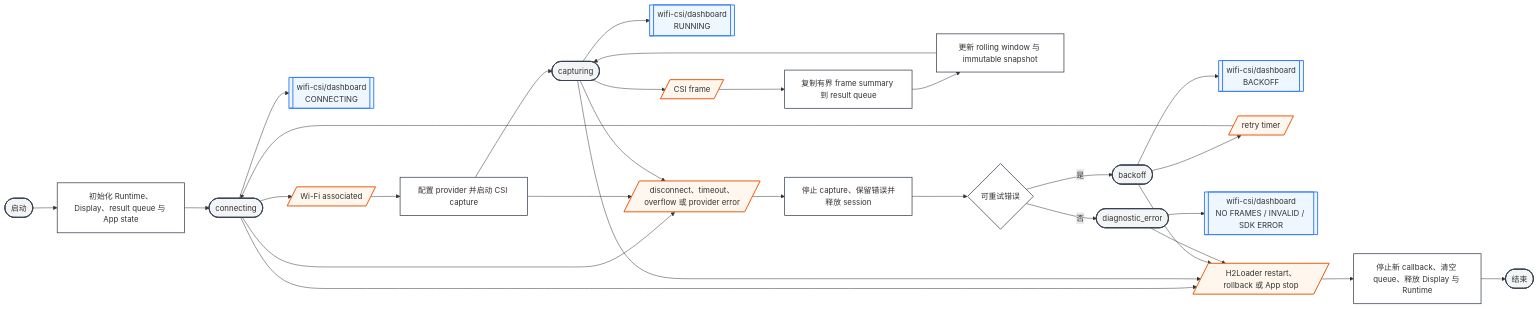
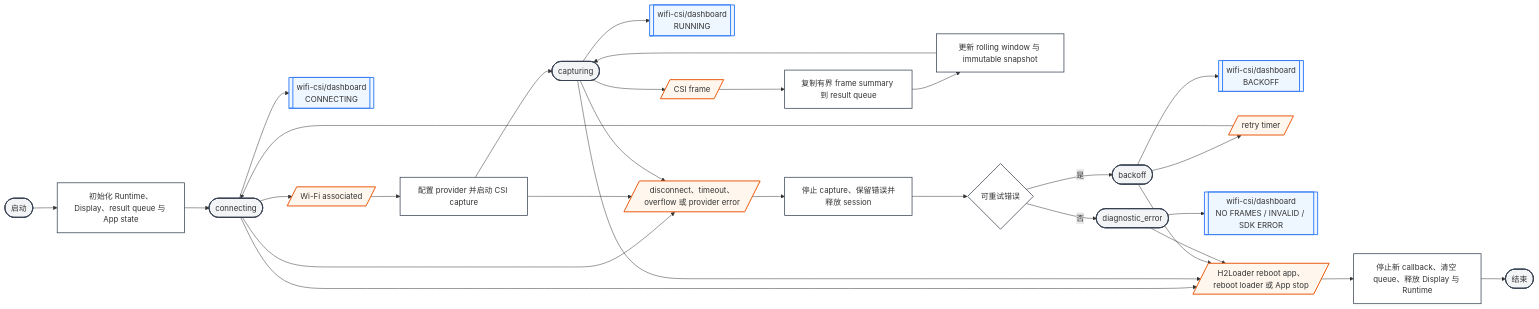
Before and after one commit to GizClaw/gizos: the first of 2 diagrams in guides/apps/h2loader/apps/wifi_csi/index.md, drawn with Mermaid. The commit also changed other lines of this file and 53 other files, not shown here.

````diff
--- a/guides/apps/h2loader/apps/wifi_csi/index.md
+++ b/guides/apps/h2loader/apps/wifi_csi/index.md
@@ -25,40 +25,40 @@
 ```mermaid
 flowchart LR
     Boot(["启动"]) --> Init["初始化 Runtime、Display、result queue 与 App state"]
     Init --> Connecting(["connecting"])
     Connecting --> Dashboard[["wifi-csi/dashboard<br/>CONNECTING"]]
     Linked[/"Wi-Fi associated"/] --> Start["配置 provider 并启动 CSI capture"]
     Connecting --> Linked
     Start --> Capturing(["capturing"])
     Capturing --> RunningScreen[["wifi-csi/dashboard<br/>RUNNING"]]
     Frame[/"CSI frame"/] --> Enqueue["复制有界 frame summary 到 result queue"]
     Capturing --> Frame
     Enqueue --> Update["更新 rolling window 与 immutable snapshot"]
     Update --> Capturing
     Failure[/"disconnect、timeout、overflow 或 provider error"/] --> Cleanup["停止 capture、保留错误并释放 session"]
     Connecting --> Failure
     Start --> Failure
     Capturing --> Failure
     Cleanup --> ErrorKind{"可重试错误"}
     ErrorKind -- "是" --> Backoff(["backoff"])
     Backoff --> ErrorScreen[["wifi-csi/dashboard<br/>BACKOFF"]]
     Retry[/"retry timer"/] --> Connecting
     Backoff --> Retry
     ErrorKind -- "否" --> DiagnosticError(["diagnostic_error"])
     DiagnosticError --> DiagnosticScreen[["wifi-csi/dashboard<br/>NO FRAMES / INVALID / SDK ERROR"]]
-    Stop[/"H2Loader restart、rollback 或 App stop"/] --> Shutdown["停止新 callback、清空 queue、释放 Display 与 Runtime"]
+    Stop[/"H2Loader reboot app、reboot loader 或 App stop"/] --> Shutdown["停止新 callback、清空 queue、释放 Display 与 Runtime"]
     Connecting --> Stop
     Capturing --> Stop
     Backoff --> Stop
     DiagnosticError --> Stop
     Shutdown --> End(["结束"])
 
     classDef state fill:#f3f4f6,stroke:#374151,stroke-width:2px
     classDef operation fill:#fff7ed,stroke:#ea580c,stroke-width:2px
     classDef screen fill:#eef6ff,stroke:#3b82f6,stroke-width:2px
     classDef system fill:#ffffff,stroke:#374151,stroke-width:1.5px
     class Boot,Connecting,Capturing,Backoff,DiagnosticError,End state
     class Linked,Frame,Failure,Retry,Stop operation
     class Dashboard,RunningScreen,ErrorScreen,DiagnosticScreen screen
     class Init,Start,Enqueue,Update,Cleanup,ErrorKind,Shutdown system
 ```
````
